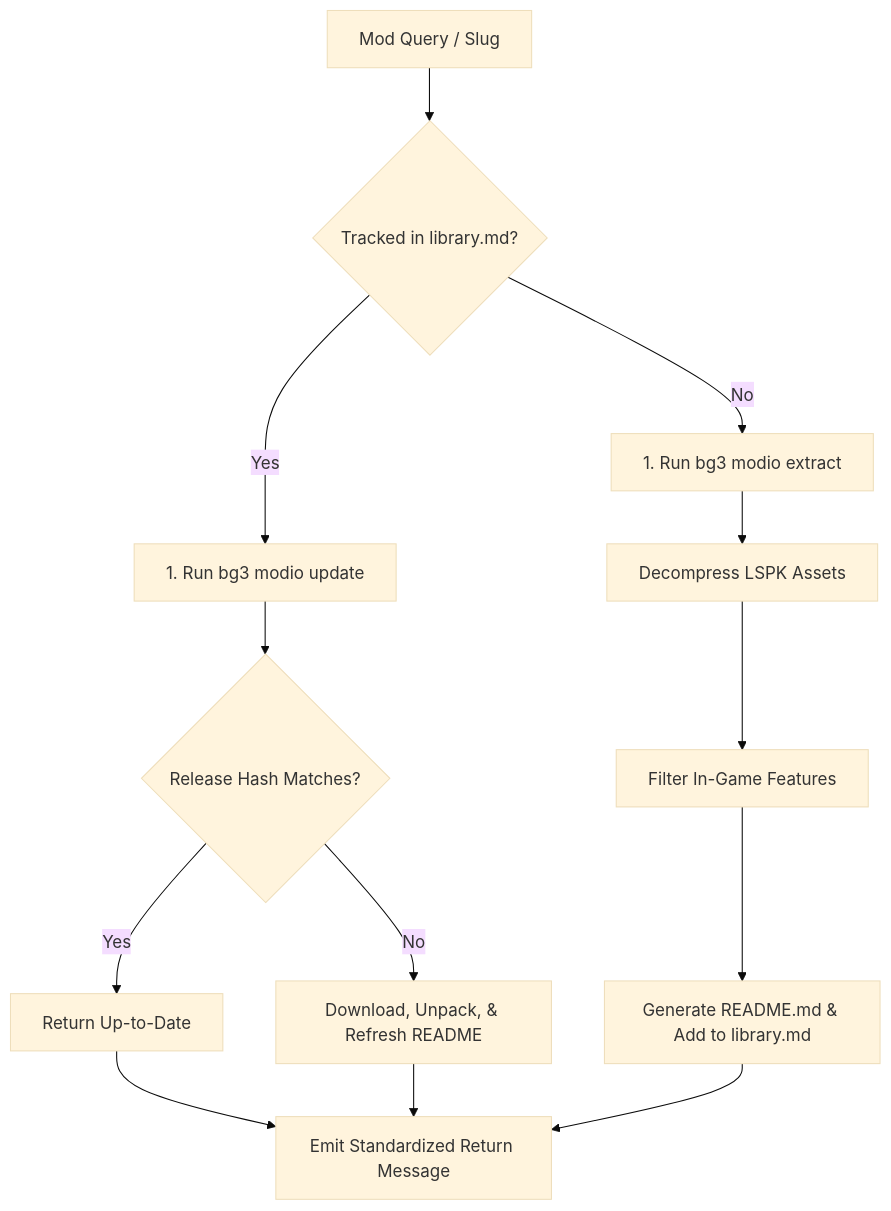
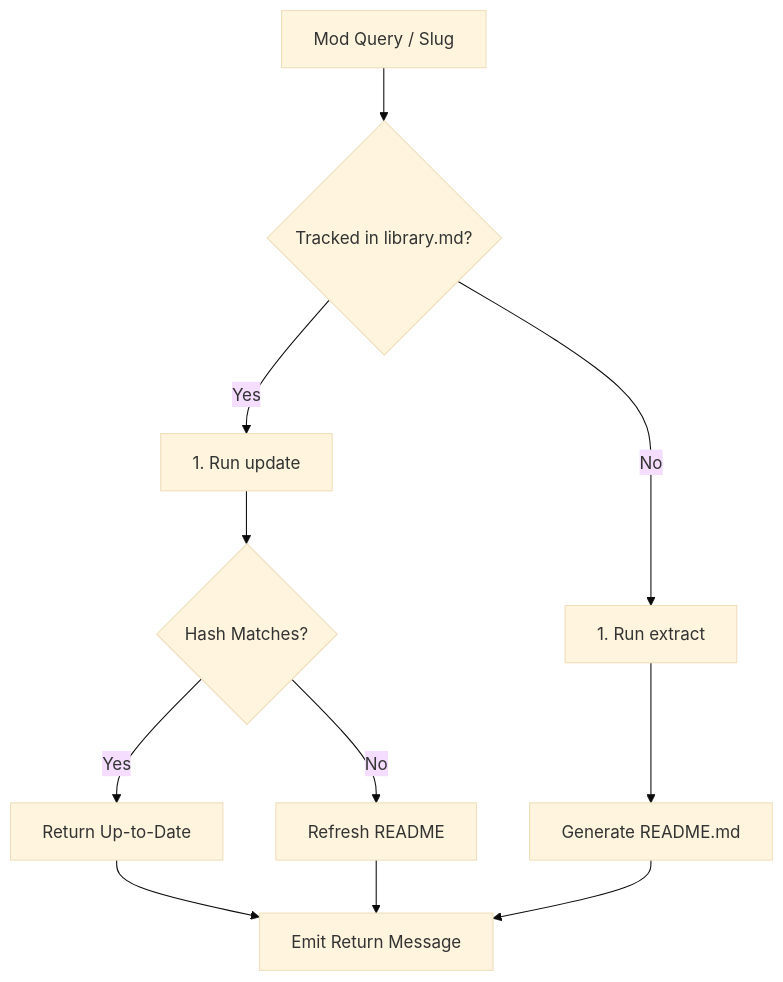
The diagram in packages/bg3-core/bg3_core/skills/bg3-sync-single-mod/SKILL.md (jpelton-stroud/bg3-mod-studio), drawn with Mermaid (base theme) before and after one commit. The commit also changed other lines of this file and 51 other files, not shown here.

First line of the commit message:
fix(core): harden security boundaries, align router schemas, and sync docs (#69)

````diff
--- a/packages/bg3-core/bg3_core/skills/bg3-sync-single-mod/SKILL.md
+++ b/packages/bg3-core/bg3_core/skills/bg3-sync-single-mod/SKILL.md
@@ -21,15 +21,13 @@
 ```mermaid
 flowchart TD
     Start["Mod Query / Slug"] --> Check{"Tracked in library.md?"}
-    Check -->|"Yes"| Update["1. Run bg3 modio update"]
-    Check -->|"No"| Extract["1. Run bg3 modio extract"]
-    Update --> Hash{"Release Hash Matches?"}
+    Check -->|"Yes"| Update["1. Run update"]
+    Check -->|"No"| Extract["1. Run extract"]
+    Update --> Hash{"Hash Matches?"}
     Hash -->|"Yes"| UpToDate["Return Up-to-Date"]
-    Hash -->|"No"| Refresh["Download, Unpack, & Refresh README"]
-    Extract --> Decompress["Decompress LSPK Assets"]
-    Decompress --> Filter["Filter In-Game Features"]
-    Filter --> Generate["Generate README.md & Add to library.md"]
-    Refresh --> Status["Emit Standardized Return Message"]
+    Hash -->|"No"| Refresh["Refresh README"]
+    Extract --> Generate["Generate README.md"]
+    Refresh --> Status["Emit Return Message"]
     Generate --> Status
     UpToDate --> Status
 ```
````
